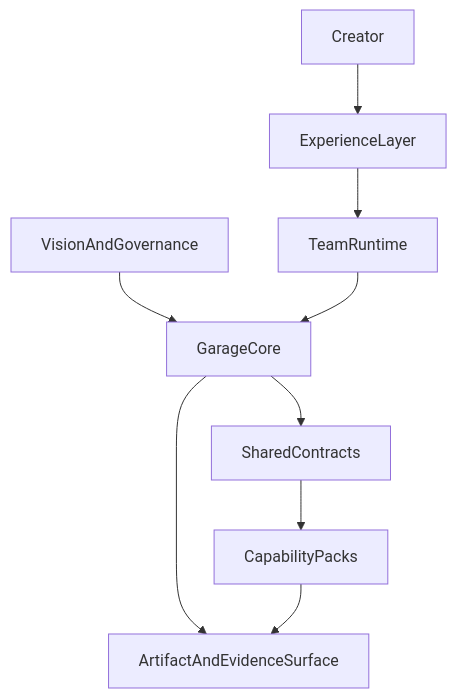
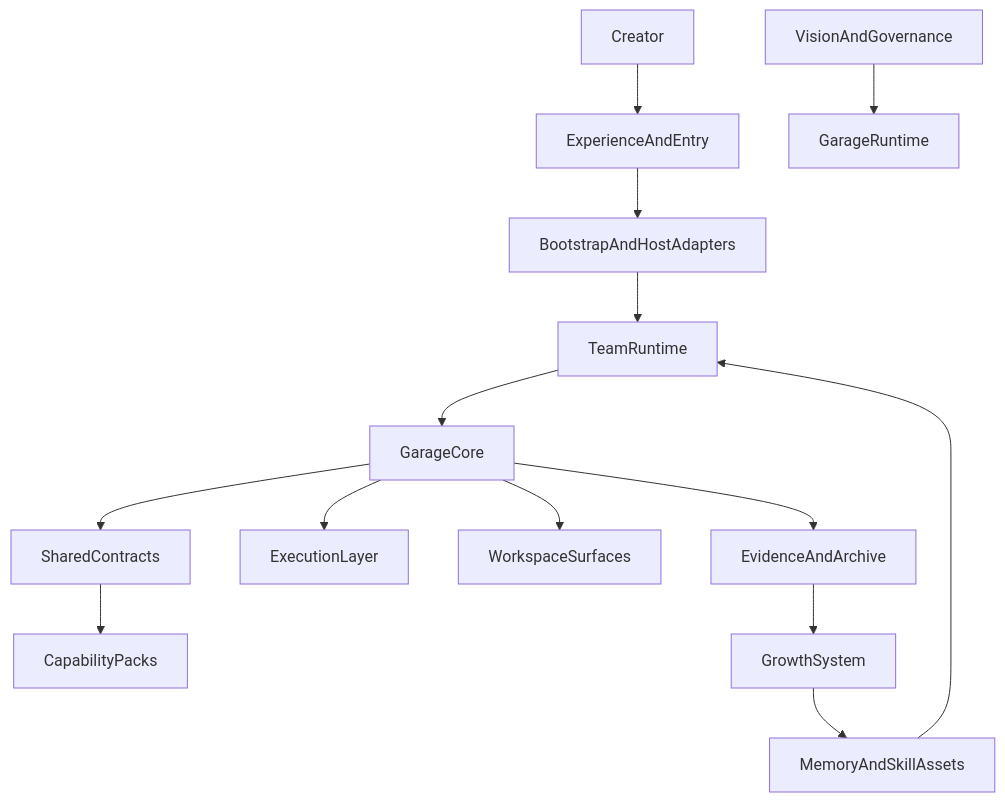
The diagram in docs/architecture/A110-garage-extensible-architecture.md (hujianbest/garage-teams), drawn with Mermaid before and after one commit. The commit also changed other lines of this file and 32 other files, not shown here.

````diff
--- a/docs/architecture/A110-garage-extensible-architecture.md
+++ b/docs/architecture/A110-garage-extensible-architecture.md
@@ -99,11 +100,19 @@
 ```mermaid
 flowchart TB
-    creator[Creator] --> experience[ExperienceLayer]
-    governance[VisionAndGovernance] --> core[GarageCore]
-    experience --> team[TeamRuntime]
-    team --> core
+    creator[Creator] --> experience[ExperienceAndEntry]
+    vision[VisionAndGovernance] --> runtime[GarageRuntime]
+
+    experience --> bootstrap[BootstrapAndHostAdapters]
+    bootstrap --> team[TeamRuntime]
+    team --> core[GarageCore]
+
     core --> contracts[SharedContracts]
     contracts --> packs[CapabilityPacks]
-    core --> artifacts[ArtifactAndEvidenceSurface]
-    packs --> artifacts
+
+    core --> execution[ExecutionLayer]
+    core --> workspace[WorkspaceSurfaces]
+    core --> evidence[EvidenceAndArchive]
+    evidence --> growth[GrowthSystem]
+    growth --> continuity[MemoryAndSkillAssets]
+    continuity --> team
 ```
````
